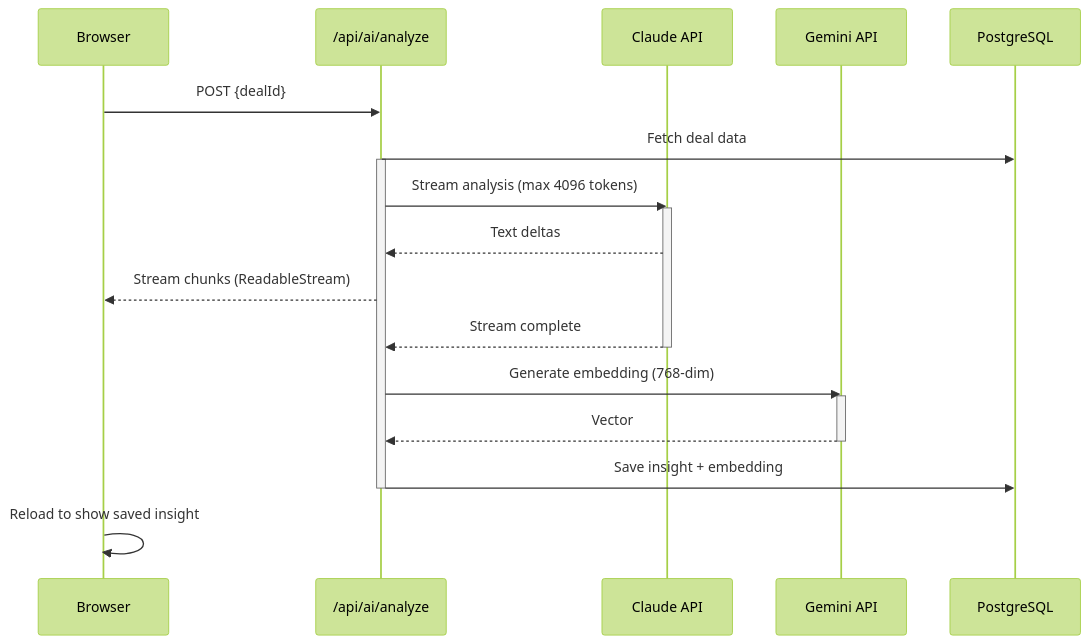
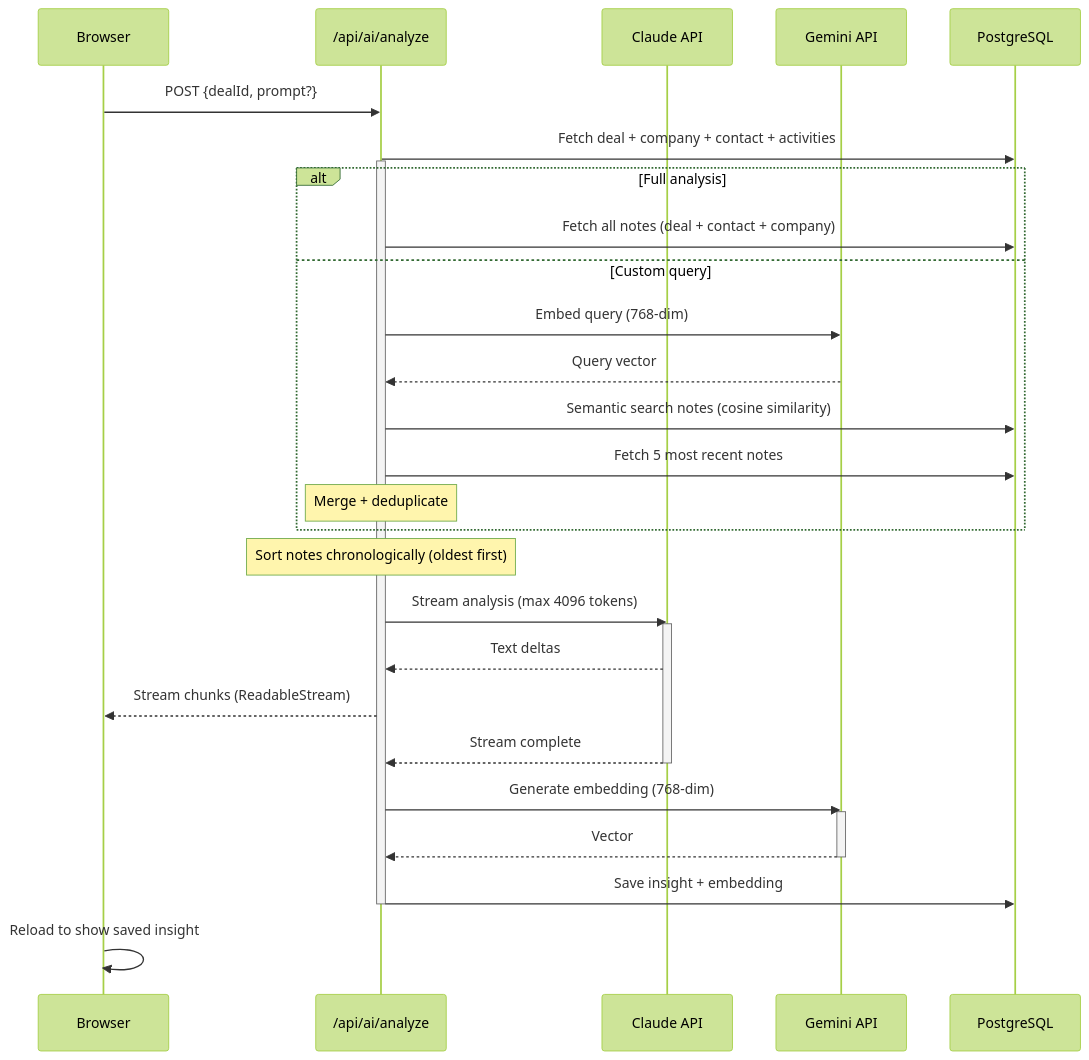
Before and after one commit to wenindoubt/admin.wenindoubt.com: the diagram in docs/ai-pipeline.md, drawn with Mermaid (forest theme). The commit also changed other lines of this file and 35 other files, not shown here.

First line of the commit message:
feat: centralized notes system with rich text, AI context, semantic retrieval

````diff
--- a/docs/ai-pipeline.md
+++ b/docs/ai-pipeline.md
@@ -5,25 +5,35 @@
 ```mermaid
 sequenceDiagram
     participant Browser
     participant API as /api/ai/analyze
     participant Claude as Claude API
     participant Gemini as Gemini API
     participant DB as PostgreSQL
 
-    Browser->>API: POST {dealId}
-    API->>DB: Fetch deal data
+    Browser->>API: POST {dealId, prompt?}
+    API->>DB: Fetch deal + company + contact + activities
     activate API
+    alt Full analysis
+        API->>DB: Fetch all notes (deal + contact + company)
+    else Custom query
+        API->>Gemini: Embed query (768-dim)
+        Gemini-->>API: Query vector
+        API->>DB: Semantic search notes (cosine similarity)
+        API->>DB: Fetch 5 most recent notes
+        Note over API: Merge + deduplicate
+    end
+    Note over API: Sort notes chronologically (oldest first)
     API->>Claude: Stream analysis (max 4096 tokens)
     activate Claude
     Claude-->>API: Text deltas
     API-->>Browser: Stream chunks (ReadableStream)
     Claude-->>API: Stream complete
     deactivate Claude
     API->>Gemini: Generate embedding (768-dim)
     activate Gemini
     Gemini-->>API: Vector
     deactivate Gemini
     API->>DB: Save insight + embedding
     deactivate API
     Browser->>Browser: Reload to show saved insight
 ```
````
